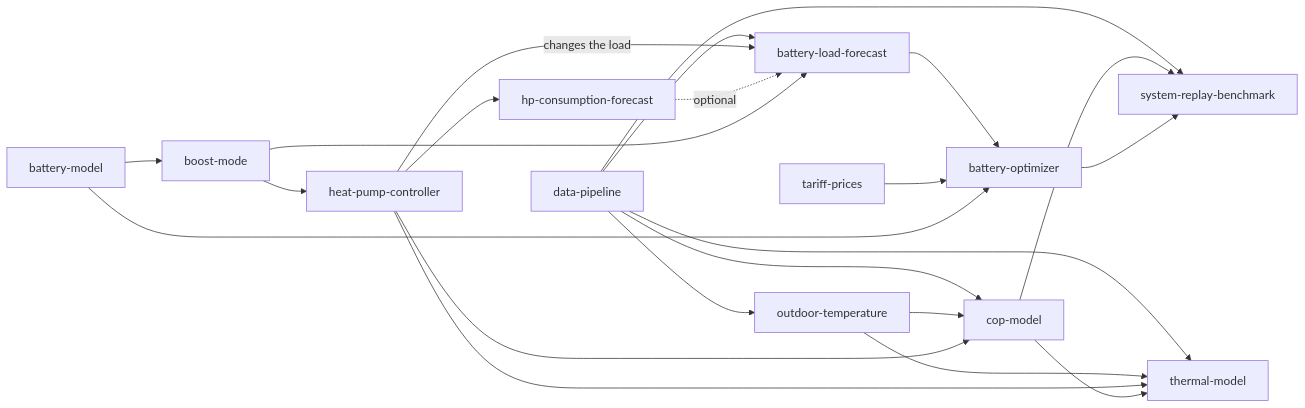
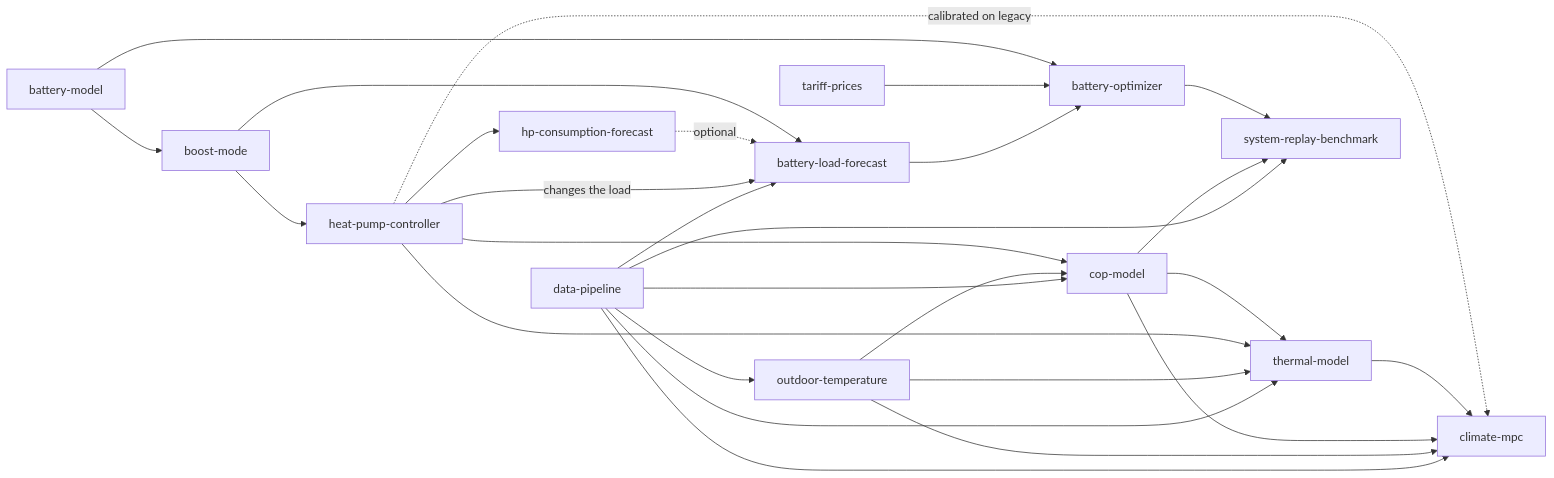
Before and after one commit to pando85/battery-optimizer: the diagram in docs/components/README.md, drawn with Mermaid. The commit also changed other lines of this file and 16 other files, not shown here.

First line of the commit message:
feat(climate): add a price-blind comfort MPC and its offline replay (track B1) (#57)

````diff
--- a/docs/components/README.md
+++ b/docs/components/README.md
@@ -54,24 +54,29 @@
 ```mermaid
 flowchart LR
   DATA[data-pipeline] --> OUT[outdoor-temperature]
   DATA --> COP[cop-model]
   DATA --> THERM[thermal-model]
   DATA --> LOAD[battery-load-forecast]
   DATA --> BENCH[system-replay-benchmark]
   OUT --> COP
   OUT --> THERM
   HPC[heat-pump-controller] -->|changes the load| LOAD
   HPC --> COP
   HPC --> THERM
   HPC --> HPF[hp-consumption-forecast]
   COP --> THERM
   COP --> BENCH
   HPF -.optional.-> LOAD
   LOAD --> OPT[battery-optimizer]
   TARIFF[tariff-prices] --> OPT
   BATT[battery-model] --> OPT
   OPT --> BENCH
+  DATA --> MPC[climate-mpc]
+  OUT --> MPC
+  COP --> MPC
+  THERM --> MPC
+  HPC -.calibrated on legacy.-> MPC
   BOOST[boost-mode] --> HPC
   BOOST --> LOAD
   BATT --> BOOST
 ```
````
